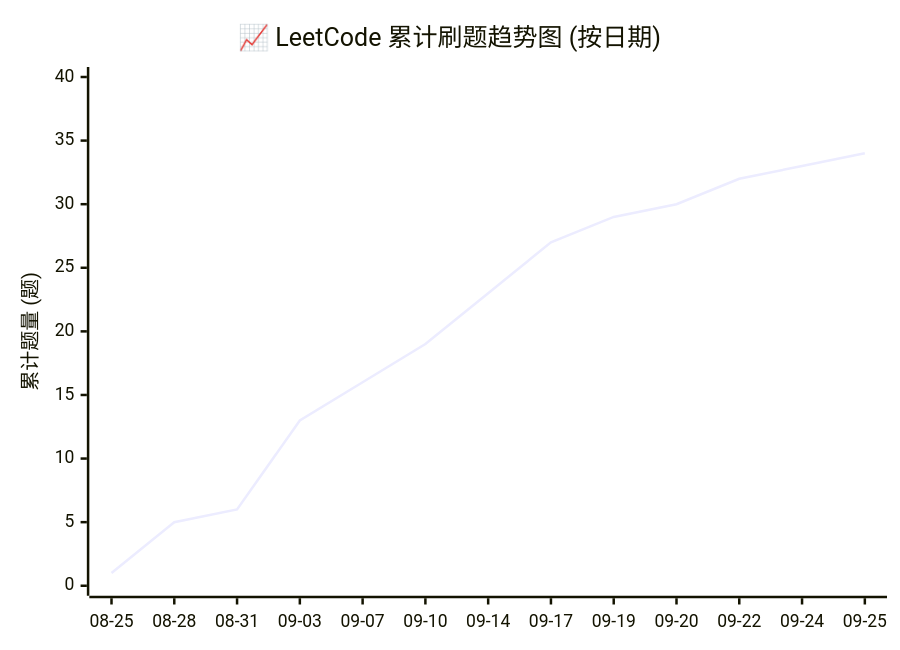
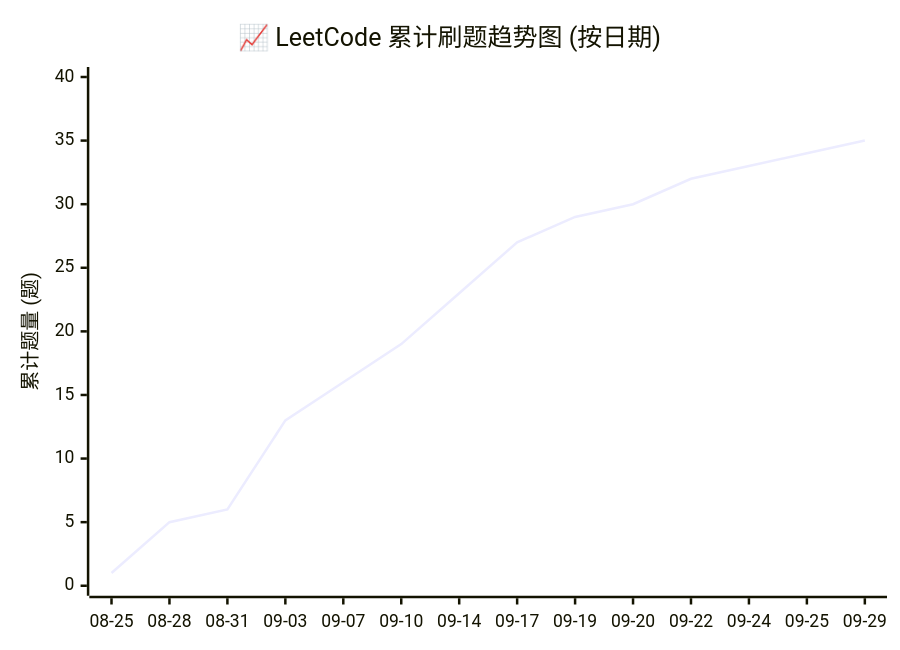
One commit to hexinbyte/LeetCode-Journey changed the diagram in README.md. Above: the diagram before and after it, drawn with Mermaid. The commit also changed other lines of this file and 2 other files, not shown here.

````diff
--- a/README.md
+++ b/README.md
@@ -16,7 +16,7 @@
 ```mermaid
 xychart-beta
     title "📈 LeetCode 累计刷题趋势图 (按日期)"
-    x-axis ["08-25", "08-28", "08-31", "09-03", "09-07", "09-10", "09-14", "09-17", "09-19", "09-20", "09-22", "09-24", "09-25"]
+    x-axis ["08-25", "08-28", "08-31", "09-03", "09-07", "09-10", "09-14", "09-17", "09-19", "09-20", "09-22", "09-24", "09-25", "09-29"]
     y-axis "累计题量 (题)" 0 --> 40
-    line [1, 5, 6, 13, 16, 19, 23, 27, 29, 30, 32, 33, 34]
+    line [1, 5, 6, 13, 16, 19, 23, 27, 29, 30, 32, 33, 34, 35]
 ```
````
